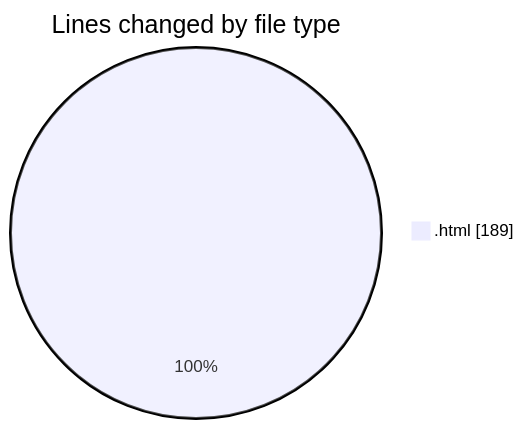
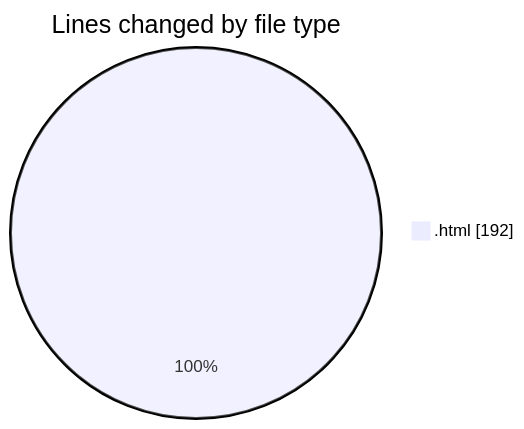
Before and after one commit to LanceThiago/code-tracking: the first of 2 diagrams in 2025-01-07/nueva_carpeta/README.md, drawn with Mermaid. The commit also changed other lines of this file and 1 other file, not shown here.

````diff
--- a/2025-01-07/nueva_carpeta/README.md
+++ b/2025-01-07/nueva_carpeta/README.md
@@ -20,5 +20,5 @@
 ```mermaid
 pie showData
 title Lines changed by file type
-".html" : 189
+".html" : 192
 ```
````
